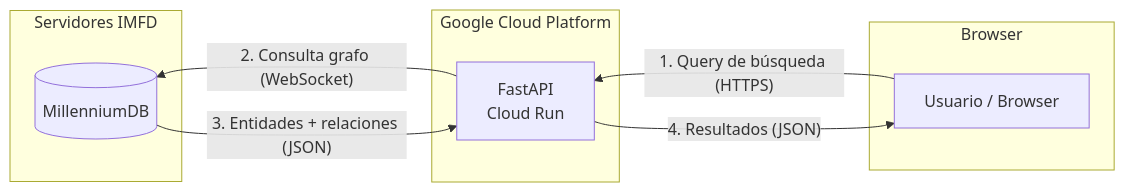
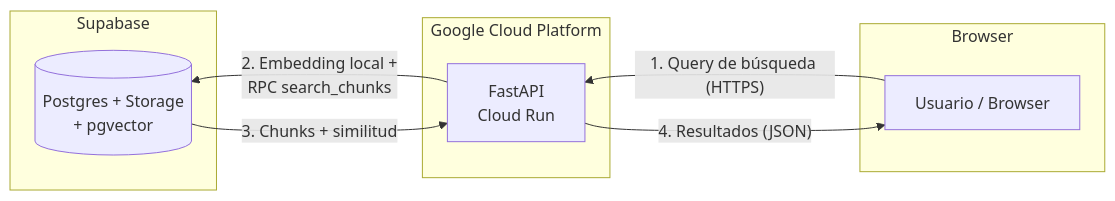
The second of 2 diagrams in README.md (renaa-m/TallerDeIntegracion_G10), drawn with Mermaid before and after one commit. The commit also changed other lines of this file, not shown here.

````diff
--- a/README.md
+++ b/README.md
@@ -227,19 +236,19 @@
 ```mermaid
 graph RL
     subgraph Browser
         U[Usuario / Browser]
     end
 
     subgraph GCP ["Google Cloud Platform"]
         API[FastAPI\nCloud Run]
     end
 
-    subgraph IMFD_servers ["Servidores IMFD"]
-        MDB[(MillenniumDB)]
+    subgraph Data_platform ["Supabase"]
+        SUPA[(Postgres + Storage\n+ pgvector)]
     end
 
     U -->|"1. Query de búsqueda (HTTPS)"| API
-    API -->|"2. Consulta grafo (WebSocket)"| MDB
-    MDB -->|"3. Entidades + relaciones (JSON)"| API
+    API -->|"2. Embedding local +\nRPC search_chunks"| SUPA
+    SUPA -->|"3. Chunks + similitud"| API
     API -->|"4. Resultados (JSON)"| U
 ```
````
